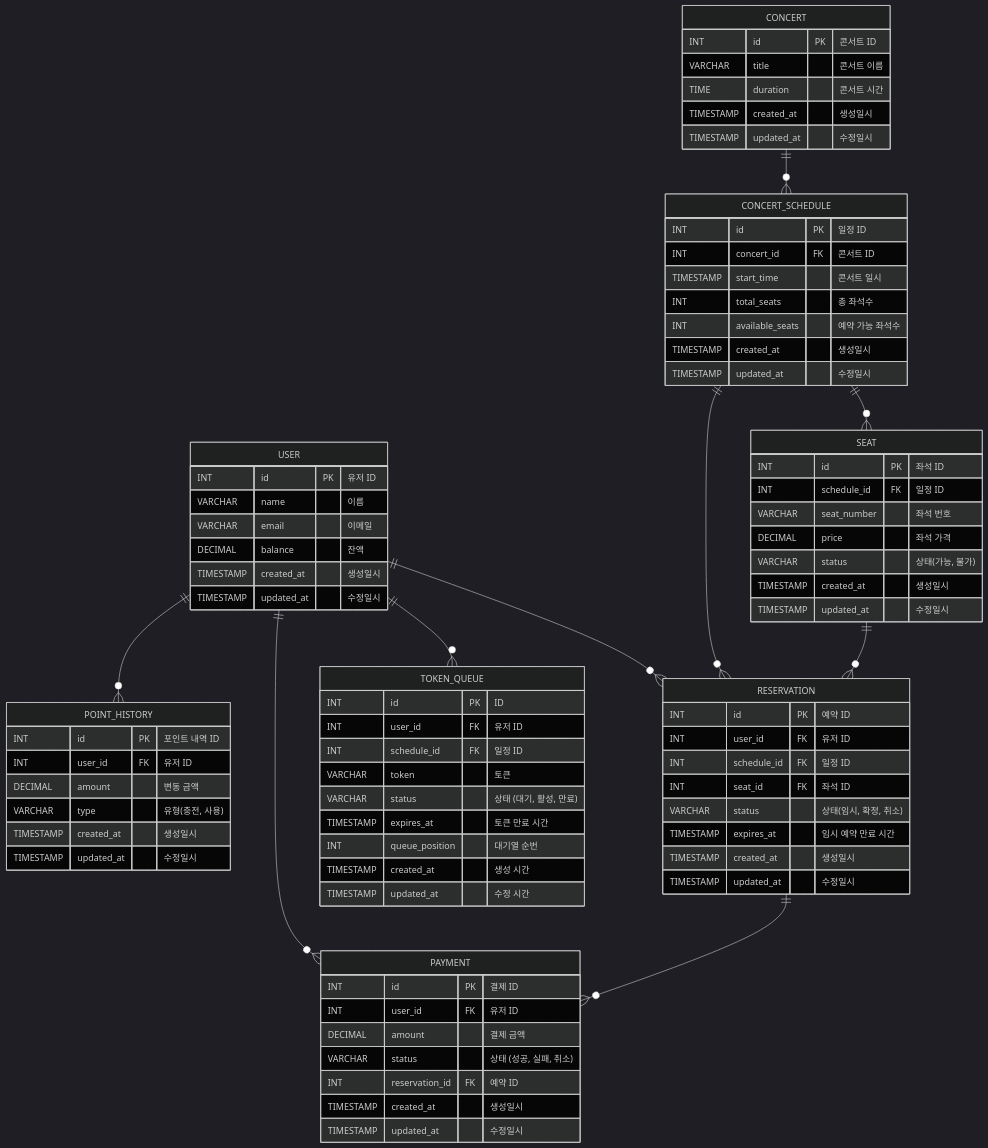
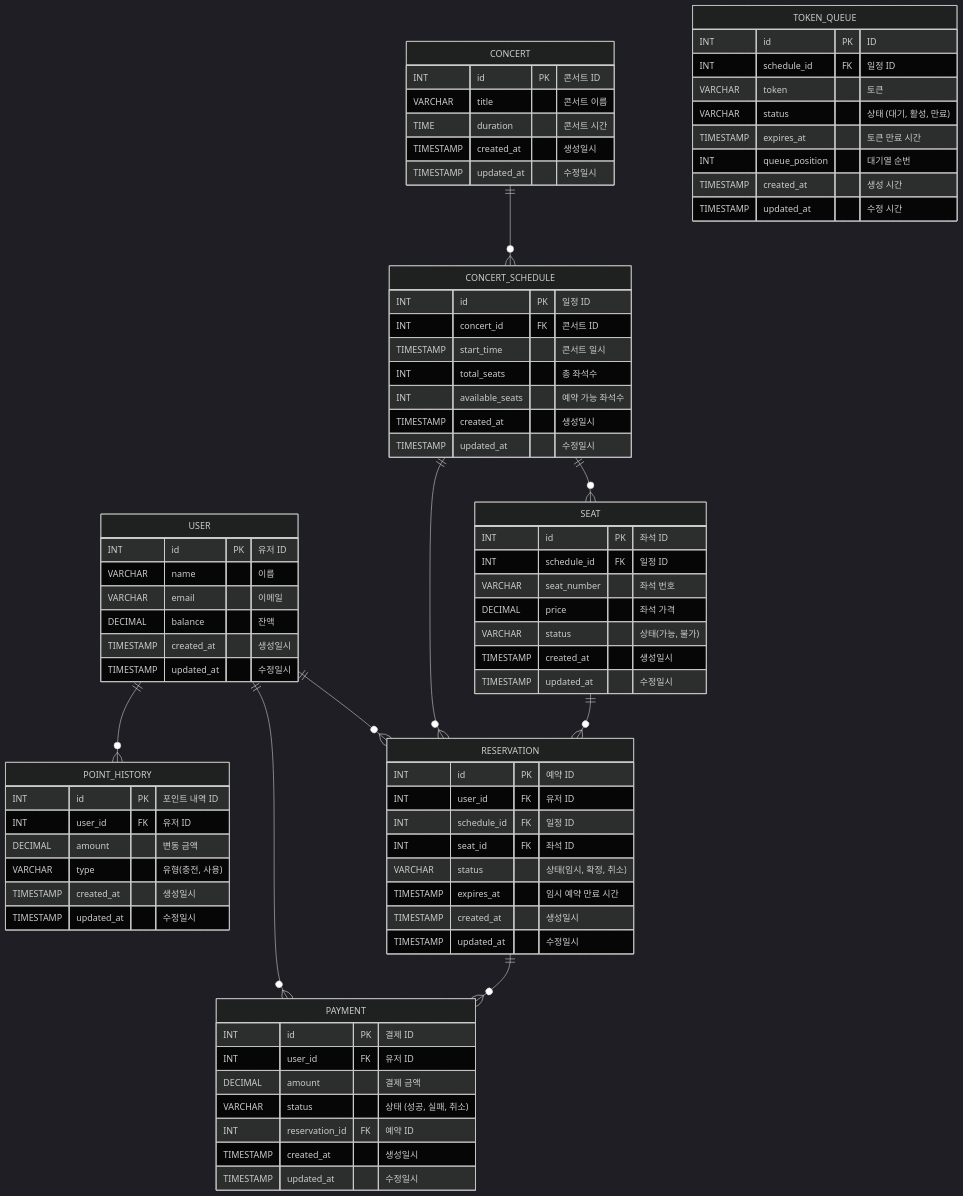
Before and after one commit to eastshine12/concert-reservation: the diagram in docs/erd.md, drawn with Mermaid (dark theme). The commit also changed 16 other files, not shown here.

Commit message:
Fix: 피드백 반영 수정 1. TOKEN_QUEUE 테이블에 user_id 제거 -> 유저와 토큰의 강결합 제거 2. 대기열 활성 시퀀스 다이어그램 추가 3. API URI 수정

```diff
--- a/docs/erd.md
+++ b/docs/erd.md
@@ -73,7 +73,6 @@
 
     TOKEN_QUEUE {
         INT id PK "ID"
-        INT user_id FK "유저 ID"
         INT schedule_id FK "일정 ID"
         VARCHAR token "토큰"
         VARCHAR status "상태 (대기, 활성, 만료)"
@@ -86,7 +85,6 @@
     USER ||--o{ POINT_HISTORY : ""
     USER ||--o{ RESERVATION : ""
     USER ||--o{ PAYMENT : ""
-    USER ||--o{ TOKEN_QUEUE : ""
 
     CONCERT ||--o{ CONCERT_SCHEDULE : ""
     CONCERT_SCHEDULE ||--o{ SEAT : ""
```
